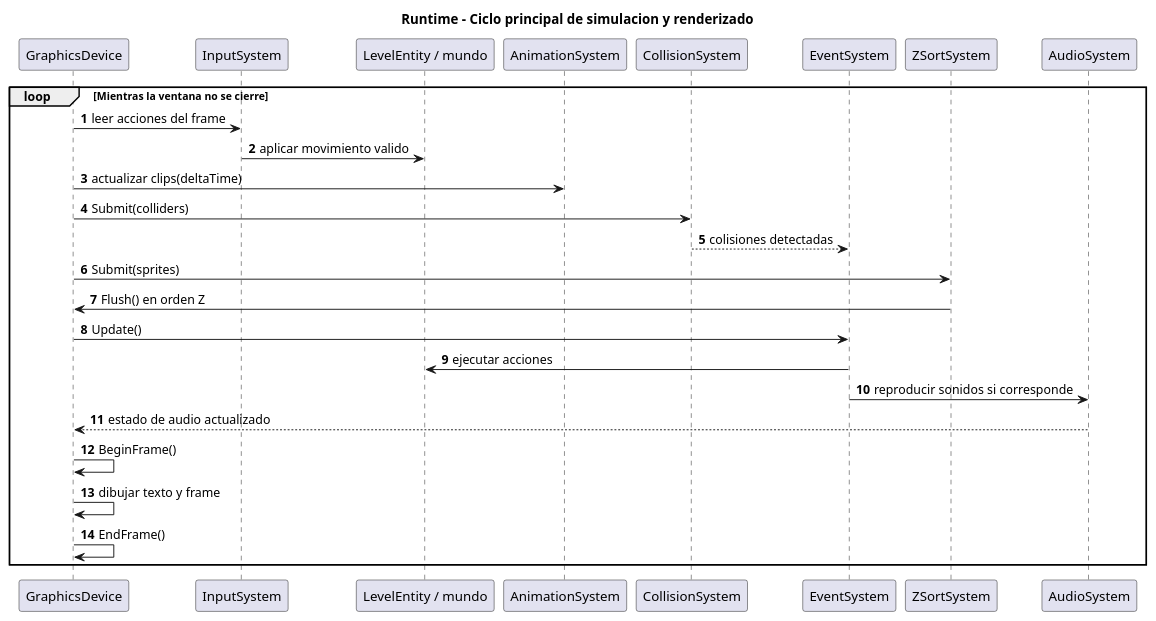
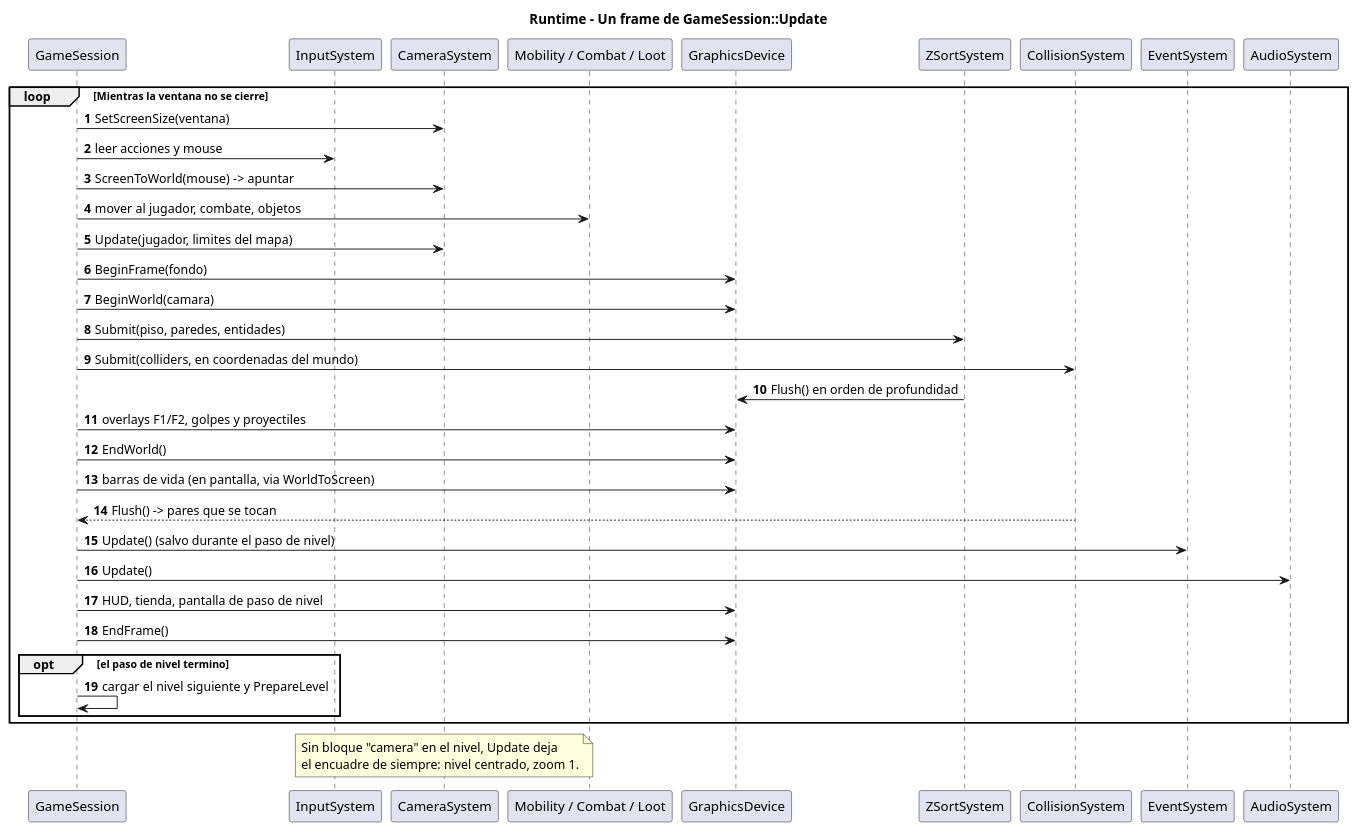
Before and after one commit to dannn-36/HoneyCombEngine-PlataformaNoCode-2.5D: the diagram in docs/architecture/runtime-game-loop.puml, drawn with PlantUML. The commit also changed 19 other files, not shown here.

```diff
--- a/docs/architecture/runtime-game-loop.puml
+++ b/docs/architecture/runtime-game-loop.puml
@@ -1,30 +1,43 @@
 @startuml runtime-game-loop
-title Runtime - Ciclo principal de simulacion y renderizado
+title Runtime - Un frame de GameSession::Update
 autonumber
 
+participant "GameSession" as session
+participant "InputSystem" as input
+participant "CameraSystem" as camera
+participant "Mobility / Combat / Loot" as rules
 participant "GraphicsDevice" as graphics
-participant "InputSystem" as input
-participant "LevelEntity / mundo" as world
-participant "AnimationSystem" as animation
+participant "ZSortSystem" as zsort
 participant "CollisionSystem" as collision
 participant "EventSystem" as events
-participant "ZSortSystem" as zsort
 participant "AudioSystem" as audio
 
 loop Mientras la ventana no se cierre
-  graphics -> input : leer acciones del frame
-  input -> world : aplicar movimiento valido
-  graphics -> animation : actualizar clips(deltaTime)
-  graphics -> collision : Submit(colliders)
-  collision --> events : colisiones detectadas
-  graphics -> zsort : Submit(sprites)
-  zsort -> graphics : Flush() en orden Z
-  graphics -> events : Update()
-  events -> world : ejecutar acciones
-  events -> audio : reproducir sonidos si corresponde
-  audio --> graphics : estado de audio actualizado
-  graphics -> graphics : BeginFrame()
-  graphics -> graphics : dibujar texto y frame
-  graphics -> graphics : EndFrame()
+  session -> camera : SetScreenSize(ventana)
+  session -> input : leer acciones y mouse
+  session -> camera : ScreenToWorld(mouse) -> apuntar
+  session -> rules : mover al jugador, combate, objetos
+  session -> camera : Update(jugador, limites del mapa)
+  session -> graphics : BeginFrame(fondo)
+  session -> graphics : BeginWorld(camara)
+  session -> zsort : Submit(piso, paredes, entidades)
+  session -> collision : Submit(colliders, en coordenadas del mundo)
+  zsort -> graphics : Flush() en orden de profundidad
+  session -> graphics : overlays F1/F2, golpes y proyectiles
+  session -> graphics : EndWorld()
+  session -> graphics : barras de vida (en pantalla, via WorldToScreen)
+  collision --> session : Flush() -> pares que se tocan
+  session -> events : Update() (salvo durante el paso de nivel)
+  session -> audio : Update()
+  session -> graphics : HUD, tienda, pantalla de paso de nivel
+  session -> graphics : EndFrame()
+  opt el paso de nivel termino
+    session -> session : cargar el nivel siguiente y PrepareLevel
+  end
 end
+
+note over camera
+Sin bloque "camera" en el nivel, Update deja
+el encuadre de siempre: nivel centrado, zoom 1.
+end note
 @enduml
```
